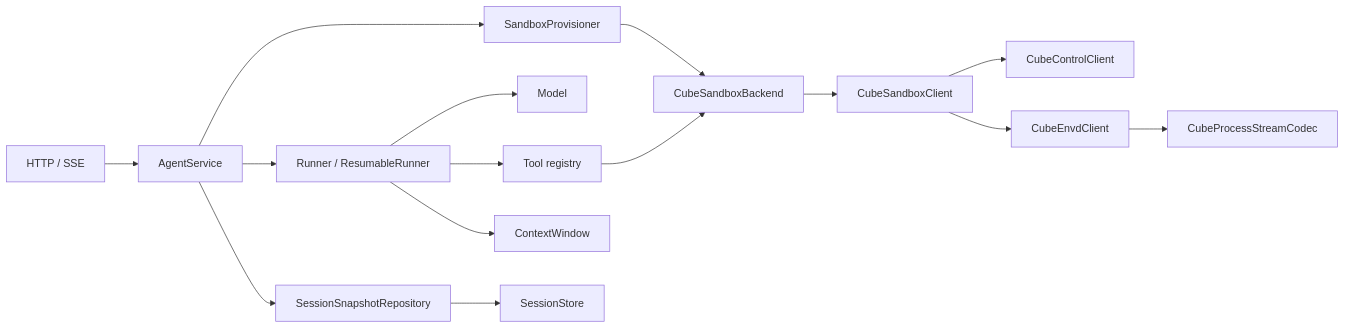
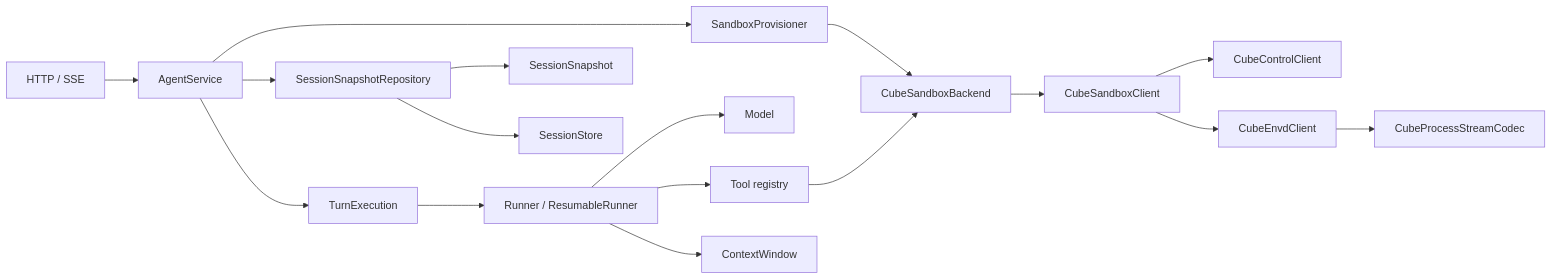
One commit to yangjj-iso/redy-agents-api changed the diagram in docs/architecture.md. Above: the diagram before and after it, drawn with Mermaid. The commit also changed other lines of this file and 7 other files, not shown here.

Commit message:
Separate turn execution and snapshot schema

````diff
--- a/docs/architecture.md
+++ b/docs/architecture.md
@@ -5,17 +5,19 @@
 ```mermaid
 flowchart LR
     HTTP[HTTP / SSE] --> Service[AgentService]
-    Service --> Runner[Runner / ResumableRunner]
+    Service --> Worker[TurnExecution]
+    Worker --> Runner[Runner / ResumableRunner]
     Service --> Snapshots[SessionSnapshotRepository]
+    Snapshots --> Snapshot[SessionSnapshot]
     Service --> Provisioner[SandboxProvisioner]
     Runner --> Model[Model]
     Runner --> Tools[Tool registry]
     Runner --> Context[ContextWindow]
     Snapshots --> Store[SessionStore]
     Provisioner --> CubeAdapter[CubeSandboxBackend]
     Tools --> CubeAdapter
     CubeAdapter --> CubeClient[CubeSandboxClient]
     CubeClient --> Control[CubeControlClient]
     CubeClient --> Envd[CubeEnvdClient]
     Envd --> Codec[CubeProcessStreamCodec]
 ```
````
